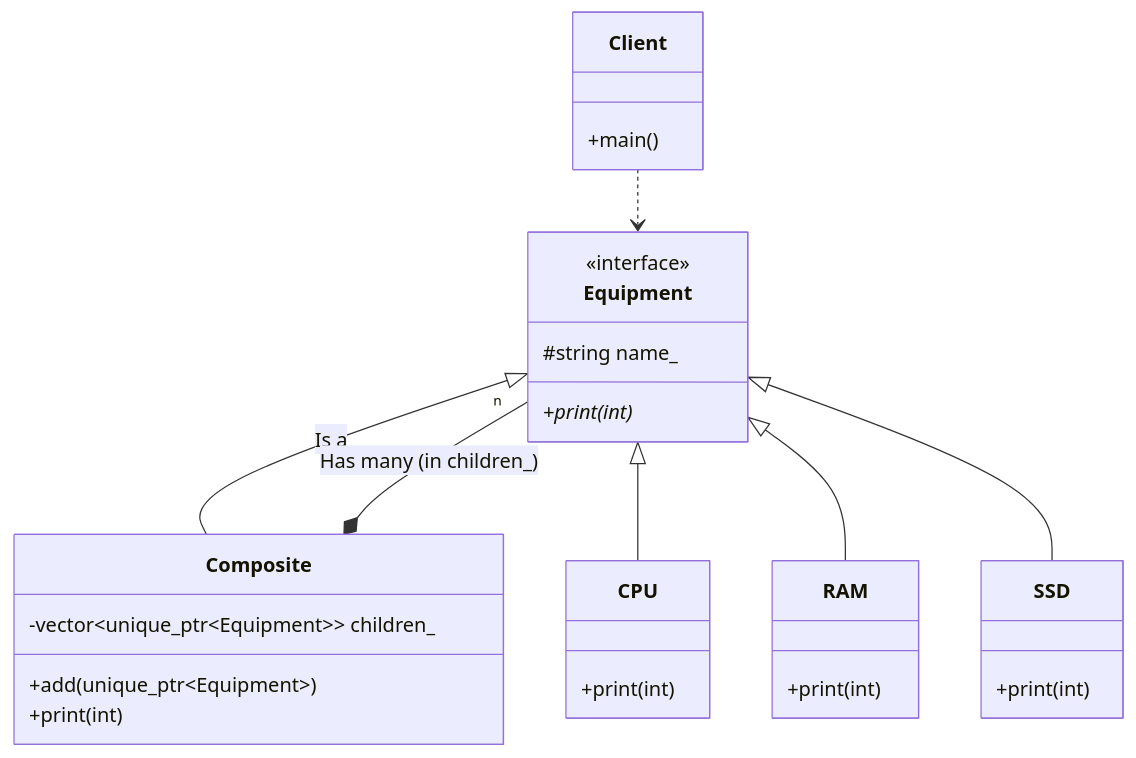
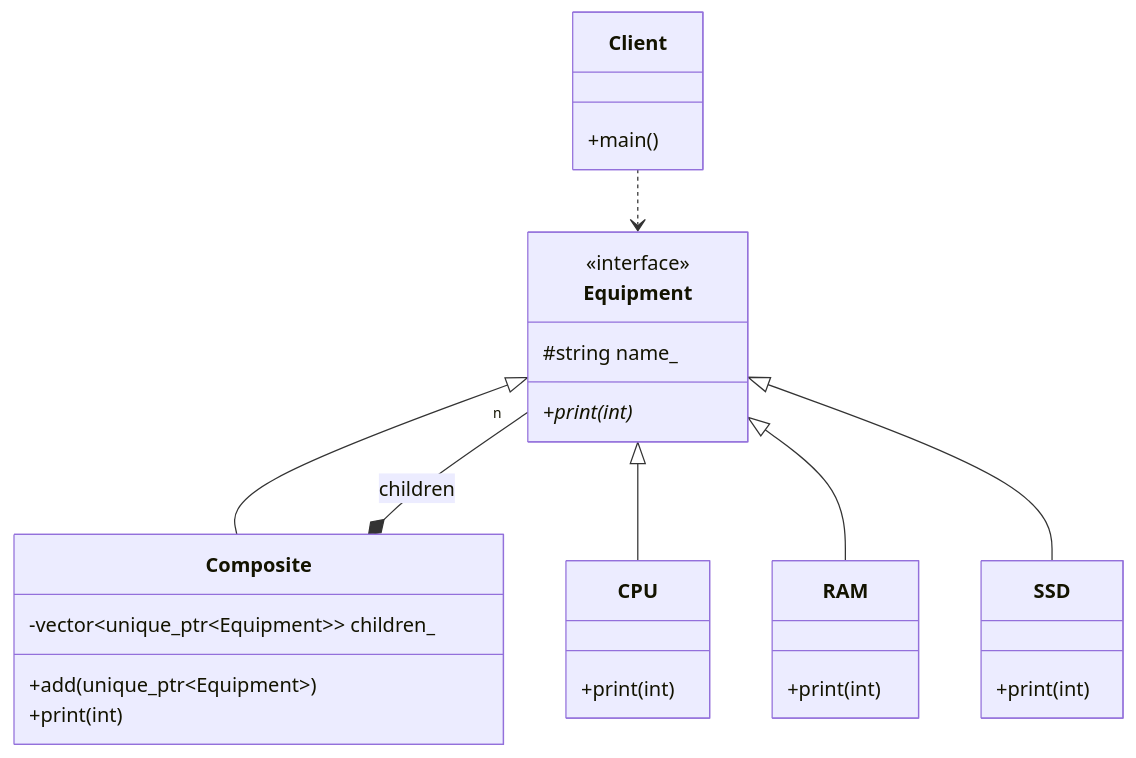
The diagram in 10_Composite/README.md (Cichlidfishexigency721/Modern-CPP-Design-Patterns), drawn with Mermaid before and after one commit. The commit also changed 1 other file, not shown here.

Commit message:
UML improvement

````diff
--- a/10_Composite/README.md
+++ b/10_Composite/README.md
@@ -46,42 +46,42 @@
 ```mermaid
 classDiagram
    class Equipment {
       <<interface>>
       #string name_
       +print(int)*
    }
 
    class CPU {
       +print(int)
    }
 
    class RAM {
       +print(int)
    }
 
    class SSD {
       +print(int)
    }
 
    class Composite {
       -vector~unique_ptr~Equipment~~ children_
       +add(unique_ptr~Equipment~)
       +print(int)
    }
 
    class Client {
       +main()
    }
 
    %% Inheritance (Is_a) - No numbers
-   Equipment <|-- Composite : Is a
+   Equipment <|-- Composite
    Equipment <|-- CPU
    Equipment <|-- RAM
    Equipment <|-- SSD
 
    %% Composition (Has_a) - Multiplicity "n" at the end
-   Composite *-- "n" Equipment : Has many (in children_)
+   Composite *-- "n" Equipment : children
 
    %% Dependency - No numbers
    Client ..> Equipment
 ```
````
